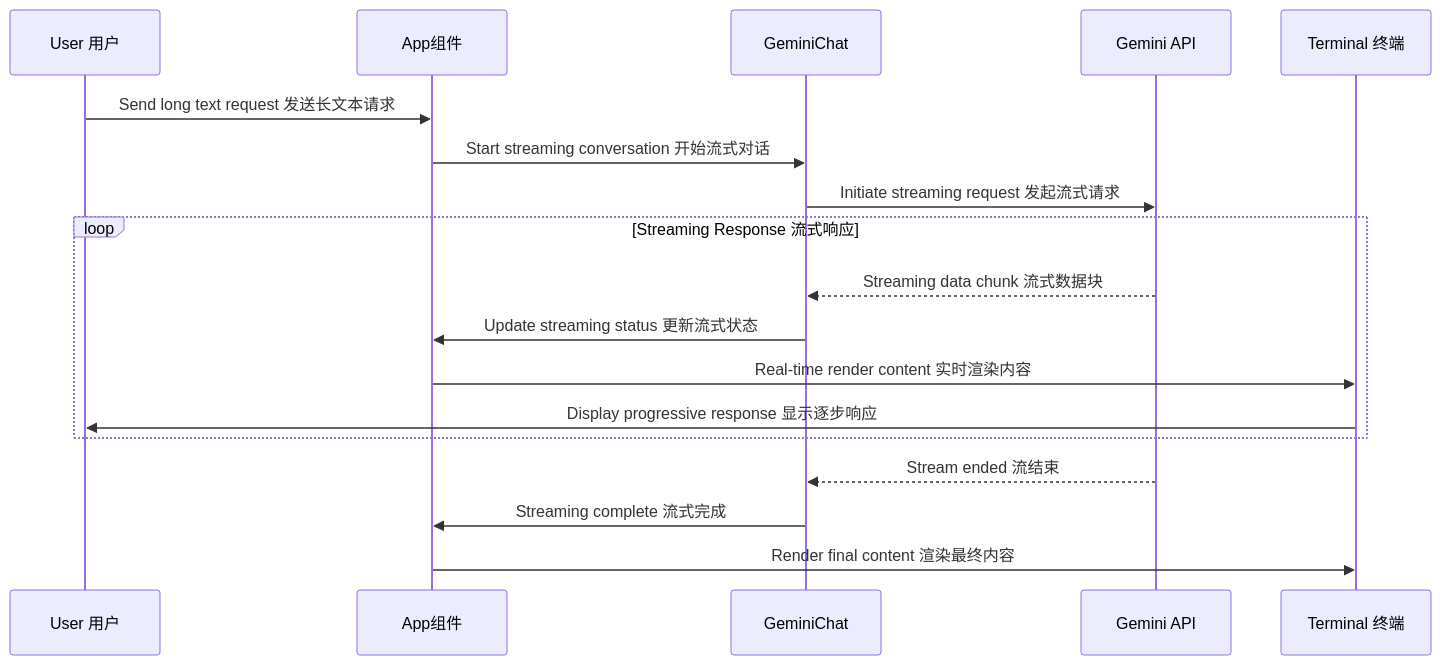
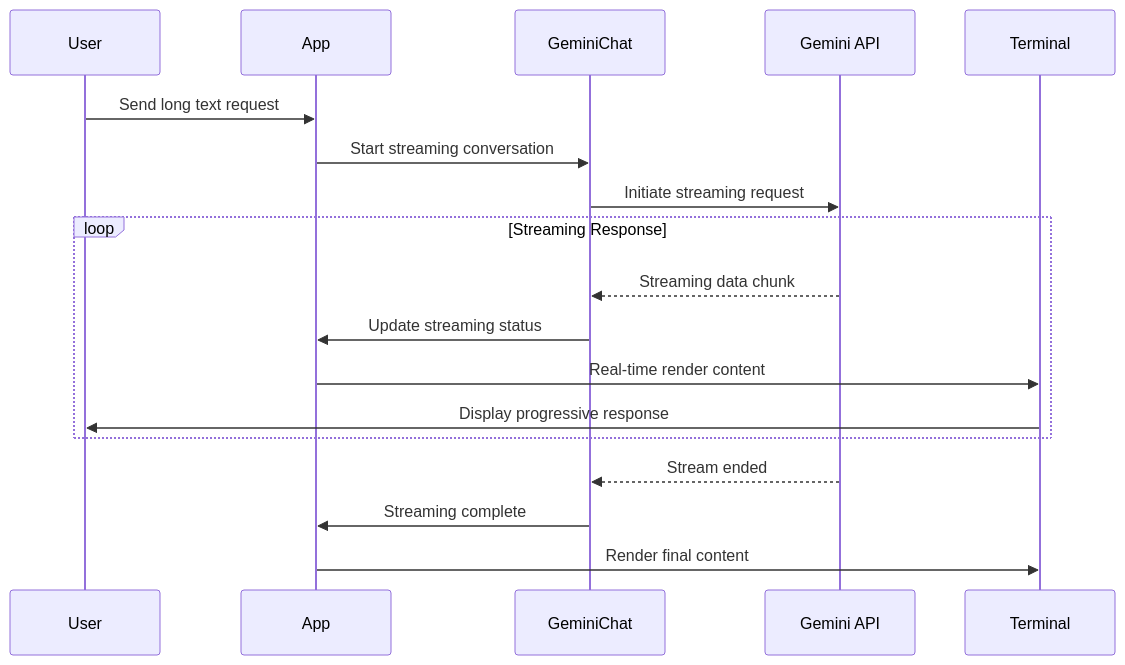
One commit to zhuangbiaowei/vitepress-ospo-writing-project changed the fifth of 6 diagrams in docs/articles/gemini-cli-user-interaction-sequence.md. Above: the diagram before and after it, drawn with Mermaid. The commit also changed other lines of this file and 113 other files, not shown here.

````diff
--- a/docs/articles/gemini-cli-user-interaction-sequence.md
+++ b/docs/articles/gemini-cli-user-interaction-sequence.md
@@ -185,23 +185,23 @@
 ```mermaid
 sequenceDiagram
-    participant User as User 用户
-    participant App as App组件
+    participant User as User
+    participant App as App
     participant Chat as GeminiChat
     participant GeminiAPI as Gemini API
-    participant Terminal as Terminal 终端
+    participant Terminal as Terminal
 
-    User->>App: Send long text request 发送长文本请求
-    App->>Chat: Start streaming conversation 开始流式对话
-    Chat->>GeminiAPI: Initiate streaming request 发起流式请求
+    User->>App: Send long text request
+    App->>Chat: Start streaming conversation
+    Chat->>GeminiAPI: Initiate streaming request
     
-    loop Streaming Response 流式响应
-        GeminiAPI-->>Chat: Streaming data chunk 流式数据块
-        Chat->>App: Update streaming status 更新流式状态
-        App->>Terminal: Real-time render content 实时渲染内容
-        Terminal->>User: Display progressive response 显示逐步响应
+    loop Streaming Response
+        GeminiAPI-->>Chat: Streaming data chunk
+        Chat->>App: Update streaming status
+        App->>Terminal: Real-time render content
+        Terminal->>User: Display progressive response
     end
     
-    GeminiAPI-->>Chat: Stream ended 流结束
-    Chat->>App: Streaming complete 流式完成
-    App->>Terminal: Render final content 渲染最终内容
+    GeminiAPI-->>Chat: Stream ended
+    Chat->>App: Streaming complete
+    App->>Terminal: Render final content
 ```
````
